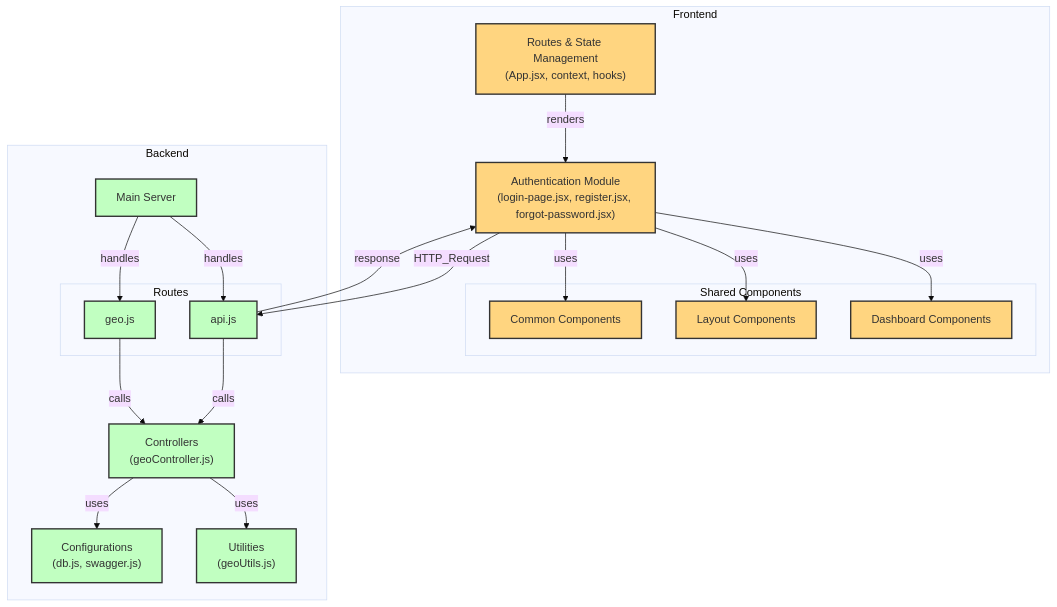
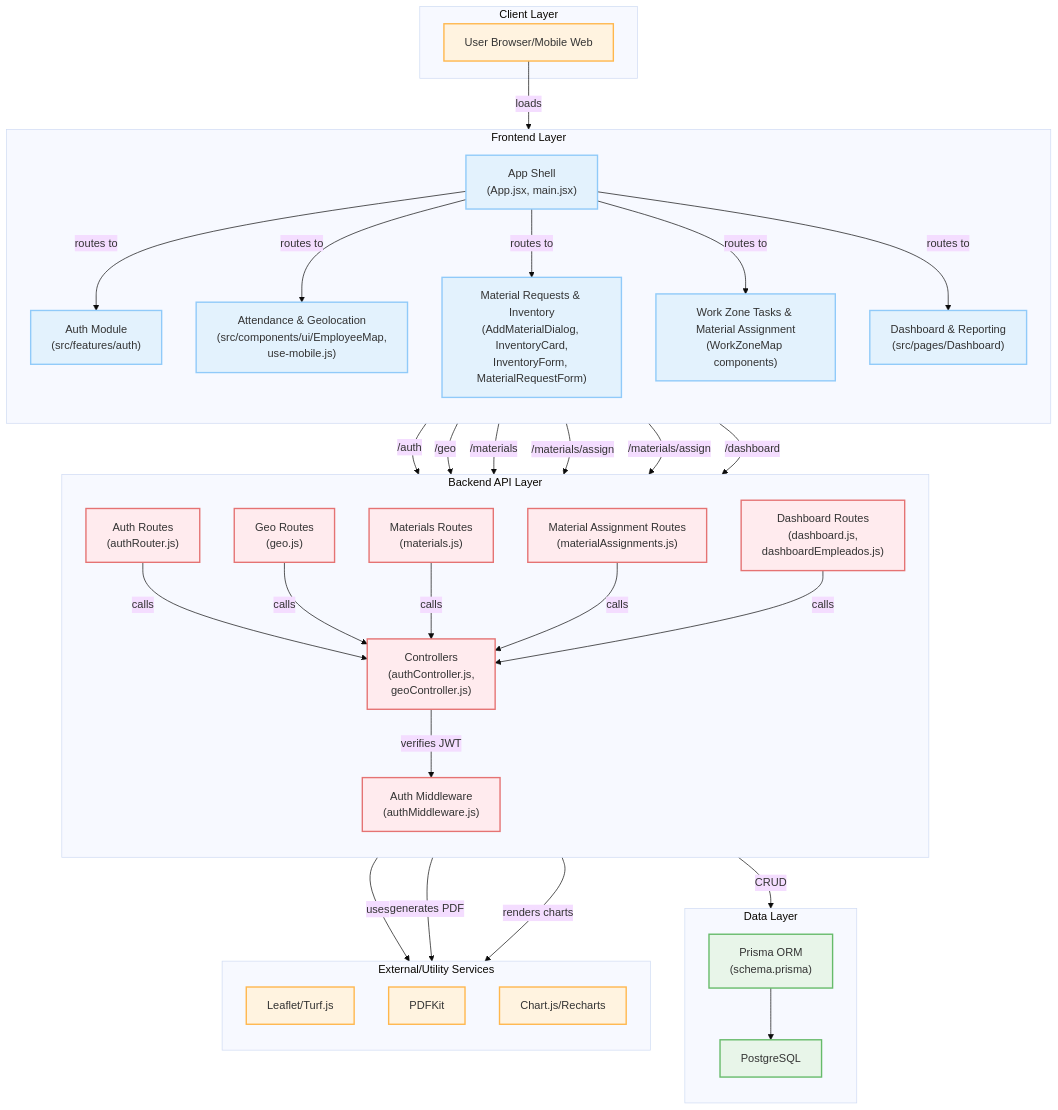
Before and after one commit to Team-Pepe/pepe-constructor-: the first of 3 diagrams in README.md, drawn with Mermaid (base theme). The commit also changed other lines of this file, not shown here.

Commit message:
docs(mantenibilidad): documentación con mejoras de diagramas, versiones de tecnología y contenido de ramas del proyecto

````diff
--- a/README.md
+++ b/README.md
@@ -96,55 +96,107 @@
 ```mermaid
 flowchart TD
-    subgraph "Frontend"
-        RoutesState["Routes & State Management\n(App.jsx, context, hooks)"]:::frontend
-        Auth["Authentication Module\n(login-page.jsx, register.jsx, forgot-password.jsx)"]:::frontend
-        subgraph "Shared Components"
-            SharedCommon["Common Components"]:::frontend
-            Layout["Layout Components"]:::frontend
-            Dashboard["Dashboard Components"]:::frontend
-        end
+    %% Client Layer
+    subgraph "Client Layer"
+        Browser["User Browser/Mobile Web"]:::external
     end
 
-    subgraph "Backend"
-        Server["Main Server"]:::backend
-        subgraph "Routes"
-            APIRoutes["api.js"]:::backend
-            GeoRoutes["geo.js"]:::backend
-        end
-        Controllers["Controllers\n(geoController.js)"]:::backend
-        Config["Configurations\n(db.js, swagger.js)"]:::backend
-        Utilities["Utilities\n(geoUtils.js)"]:::backend
+    %% Frontend Layer
+    subgraph "Frontend Layer"
+        direction TB
+        AppShell["App Shell\n(App.jsx, main.jsx)"]:::frontend
+        AuthFeature["Auth Module\n(src/features/auth)"]:::frontend
+        AttendanceFeature["Attendance & Geolocation\n(src/components/ui/EmployeeMap,\nuse-mobile.js)"]:::frontend
+        MaterialFeature["Material Requests & Inventory\n(AddMaterialDialog, InventoryCard,\nInventoryForm, MaterialRequestForm)"]:::frontend
+        WorkZoneFeature["Work Zone Tasks & Material Assignment\n(WorkZoneMap components)"]:::frontend
+        DashboardFeature["Dashboard & Reporting\n(src/pages/Dashboard)"]:::frontend
     end
 
-    RoutesState -->|"renders"| Auth
-    Auth -->|"uses"| SharedCommon
-    Auth -->|"uses"| Layout
-    Auth -->|"uses"| Dashboard
-    Auth -->|"HTTP_Request"| APIRoutes
-    Server -->|"handles"| APIRoutes
-    Server -->|"handles"| GeoRoutes
-    APIRoutes -->|"calls"| Controllers
-    GeoRoutes -->|"calls"| Controllers
-    Controllers -->|"uses"| Config
-    Controllers -->|"uses"| Utilities
-    APIRoutes -->|"response"| Auth
+    %% API Layer
+    subgraph "Backend API Layer"
+        direction TB
+        AuthRouter["Auth Routes\n(authRouter.js)"]:::backend
+        GeoRouter["Geo Routes\n(geo.js)"]:::backend
+        MaterialsRouter["Materials Routes\n(materials.js)"]:::backend
+        MaterialAssignRouter["Material Assignment Routes\n(materialAssignments.js)"]:::backend
+        DashboardRouter["Dashboard Routes\n(dashboard.js,\ndashboardEmpleados.js)"]:::backend
+        Controllers["Controllers\n(authController.js,\ngeoController.js)"]:::backend
+        Middleware["Auth Middleware\n(authMiddleware.js)"]:::backend
+    end
+
+    %% Data Layer
+    subgraph "Data Layer"
+        direction TB
+        Prisma["Prisma ORM\n(schema.prisma)"]:::database
+        Postgres["PostgreSQL"]:::database
+        Prisma --> Postgres
+    end
+
+    %% External Services
+    subgraph "External/Utility Services"
+        direction TB
+        GeoLib["Leaflet/Turf.js"]:::external
+        PDFKit["PDFKit"]:::external
+        ChartLib["Chart.js/Recharts"]:::external
+    end
+
+    %% Connections
+    Browser -->|"loads"| AppShell
+    AppShell -->|"routes to"| AuthFeature
+    AppShell -->|"routes to"| AttendanceFeature
+    AppShell -->|"routes to"| MaterialFeature
+    AppShell -->|"routes to"| WorkZoneFeature
+    AppShell -->|"routes to"| DashboardFeature
+
+    AuthFeature -->|"/auth"| AuthRouter
+    AttendanceFeature -->|"/geo"| GeoRouter
+    MaterialFeature -->|"/materials"| MaterialsRouter
+    MaterialFeature -->|"/materials/assign"| MaterialAssignRouter
+    WorkZoneFeature -->|"/materials/assign"| MaterialAssignRouter
+    DashboardFeature -->|"/dashboard"| DashboardRouter
+
+    AuthRouter -->|calls| Controllers
+    GeoRouter -->|calls| Controllers
+    MaterialsRouter -->|calls| Controllers
+    MaterialAssignRouter -->|calls| Controllers
+    DashboardRouter -->|calls| Controllers
+
+    Controllers -->|verifies JWT| Middleware
+    Controllers -->|CRUD| Prisma
+    Controllers -->|uses| GeoLib
+    Controllers -->|generates PDF| PDFKit
+    Controllers -->|renders charts| ChartLib
 
     %% Click Events
-    click Auth "https://github.com/team-pepe/pepe-constructor-/tree/main/frontend/src/features/auth"
-    click SharedCommon "https://github.com/team-pepe/pepe-constructor-/tree/main/frontend/src/components/common"
-    click Layout "https://github.com/team-pepe/pepe-constructor-/tree/main/frontend/src/components/layout"
-    click Dashboard "https://github.com/team-pepe/pepe-constructor-/tree/main/frontend/src/components/dashboard"
-    click RoutesState "https://github.com/team-pepe/pepe-constructor-/blob/main/frontend/src/app/App.jsx"
-    click Server "https://github.com/team-pepe/pepe-constructor-/blob/main/backend/src/index.js"
+    click AuthFeature "https://github.com/team-pepe/pepe-constructor-/tree/main/frontend/src/features/auth"
+    click AppShell "https://github.com/team-pepe/pepe-constructor-/blob/main/frontend/src/app/App.jsx"
+    click AppShell "https://github.com/team-pepe/pepe-constructor-/blob/main/frontend/src/main.jsx"
+    click AttendanceFeature "https://github.com/team-pepe/pepe-constructor-/blob/main/frontend/src/components/ui/EmployeeMap/EmployeeMap.jsx"
+    click AttendanceFeature "https://github.com/team-pepe/pepe-constructor-/blob/main/frontend/src/hooks/use-mobile.js"
+    click MaterialFeature "https://github.com/team-pepe/pepe-constructor-/blob/main/frontend/src/components/ui/AddMaterialDialog.jsx"
+    click MaterialFeature "https://github.com/team-pepe/pepe-constructor-/blob/main/frontend/src/components/ui/InventoryCard.jsx"
+    click MaterialFeature "https://github.com/team-pepe/pepe-constructor-/blob/main/frontend/src/components/ui/InventoryForm.jsx"
+    click MaterialFeature "https://github.com/team-pepe/pepe-constructor-/blob/main/frontend/src/components/ui/MaterialRequestForm.jsx"
+    click WorkZoneFeature "https://github.com/team-pepe/pepe-constructor-/blob/main/frontend/src/components/ui/WorkZoneMap/WorkZoneMap.jsx"
+    click WorkZoneFeature "https://github.com/team-pepe/pepe-constructor-/blob/main/frontend/src/components/ui/WorkZoneMap/MaterialAssignmentModal.jsx"
+    click WorkZoneFeature "https://github.com/team-pepe/pepe-constructor-/blob/main/frontend/src/components/ui/WorkZoneMap/UseMaterialsModal.jsx"
+    click WorkZoneFeature "https://github.com/team-pepe/pepe-constructor-/blob/main/frontend/src/components/ui/WorkZoneMap/ViewMaterialsModal.jsx"
+    click DashboardFeature "https://github.com/team-pepe/pepe-constructor-/tree/main/frontend/src/pages/Dashboard"
+    click AuthRouter "https://github.com/team-pepe/pepe-constructor-/blob/main/backend/src/routes/authRouter.js"
+    click Controllers "https://github.com/team-pepe/pepe-constructor-/blob/main/backend/src/controllers/authController.js"
+    click Middleware "https://github.com/team-pepe/pepe-constructor-/blob/main/backend/src/middleware/authMiddleware.js"
+    click GeoRouter "https://github.com/team-pepe/pepe-constructor-/blob/main/backend/src/routes/geo.js"
     click Controllers "https://github.com/team-pepe/pepe-constructor-/blob/main/backend/src/controllers/geoController.js"
-    click APIRoutes "https://github.com/team-pepe/pepe-constructor-/blob/main/backend/src/routes/api.js"
-    click GeoRoutes "https://github.com/team-pepe/pepe-constructor-/blob/main/backend/src/routes/geo.js"
-    click Config "https://github.com/team-pepe/pepe-constructor-/tree/main/backend/src/config"
-    click Utilities "https://github.com/team-pepe/pepe-constructor-/tree/main/backend/src/utils"
+    click MaterialsRouter "https://github.com/team-pepe/pepe-constructor-/blob/main/backend/src/routes/materials.js"
+    click MaterialAssignRouter "https://github.com/team-pepe/pepe-constructor-/blob/main/backend/src/routes/materialAssignments.js"
+    click DashboardRouter "https://github.com/team-pepe/pepe-constructor-/blob/main/backend/src/routes/dashboard.js"
+    click DashboardRouter "https://github.com/team-pepe/pepe-constructor-/blob/main/backend/src/routes/dashboardEmpleados.js"
+    click Prisma "https://github.com/team-pepe/pepe-constructor-/blob/main/backend/prisma/schema.prisma"
+    click Prisma "https://github.com/team-pepe/pepe-constructor-/tree/main/backend/prisma/migrations/"
+    click PDFKit "https://github.com/team-pepe/pepe-constructor-/blob/main/backend/src/utils/fileUtils.js"
 
     %% Styles
-    class RoutesState,Auth,SharedCommon,Layout,Dashboard frontend
-    class Server,APIRoutes,GeoRoutes,Controllers,Config,Utilities backend
-    classDef frontend fill:#FFD580,stroke:#333,stroke-width:2px;
-    classDef backend fill:#C1FFC1,stroke:#333,stroke-width:2px;
+    classDef frontend fill:#e3f2fd,stroke:#90caf9,stroke-width:2px
+    classDef backend fill:#ffebee,stroke:#e57373,stroke-width:2px
+    classDef database fill:#e8f5e9,stroke:#66bb6a,stroke-width:2px
+    classDef external fill:#fff3e0,stroke:#ffb74d,stroke-width:2px
 ```
````
